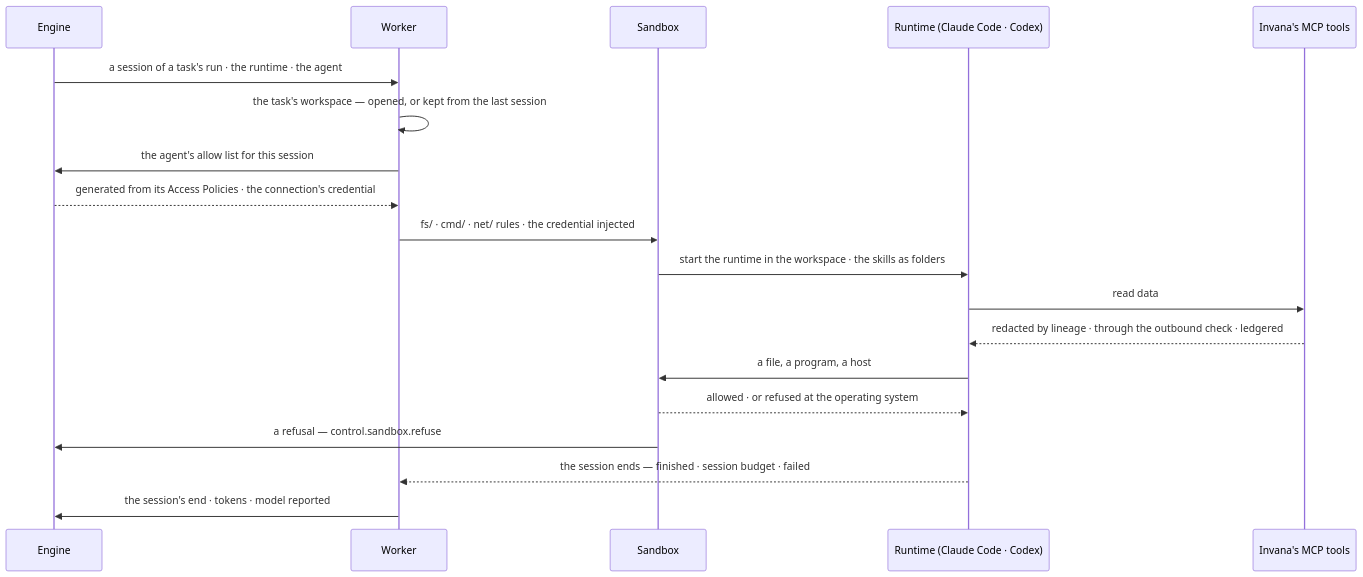
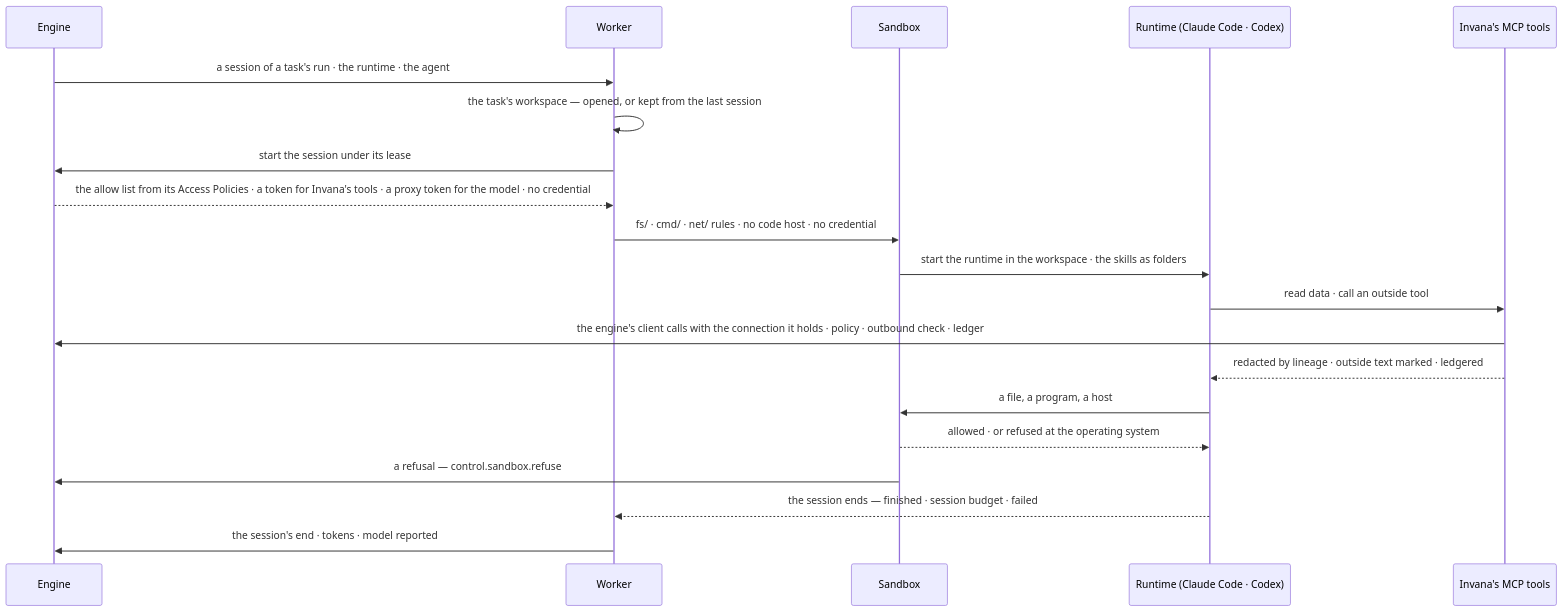
One commit to invana/invana changed the third of 3 diagrams in specs/os/control/features/CP-F03-workers-and-the-queue/feature.md. Above: the diagram before and after it, drawn with Mermaid. The commit also changed other lines of this file and 13 other files, not shown here.

````diff
--- a/specs/os/control/features/CP-F03-workers-and-the-queue/feature.md
+++ b/specs/os/control/features/CP-F03-workers-and-the-queue/feature.md
@@ -68,21 +69,22 @@
 ```mermaid
 sequenceDiagram
   participant E as Engine
   participant W as Worker
   participant S as Sandbox
   participant R as Runtime (Claude Code · Codex)
   participant T as Invana's MCP tools
   E->>W: a session of a task's run · the runtime · the agent
   W->>W: the task's workspace — opened, or kept from the last session
-  W->>E: the agent's allow list for this session
-  E-->>W: generated from its Access Policies · the connection's credential
-  W->>S: fs/ · cmd/ · net/ rules · the credential injected
+  W->>E: start the session under its lease
+  E-->>W: the allow list from its Access Policies · a token for Invana's tools · a proxy token for the model · no credential
+  W->>S: fs/ · cmd/ · net/ rules · no code host · no credential
   S->>R: start the runtime in the workspace · the skills as folders
-  R->>T: read data
-  T-->>R: redacted by lineage · through the outbound check · ledgered
+  R->>T: read data · call an outside tool
+  T->>E: the engine's client calls with the connection it holds · policy · outbound check · ledger
+  T-->>R: redacted by lineage · outside text marked · ledgered
   R->>S: a file, a program, a host
   S-->>R: allowed · or refused at the operating system
   S->>E: a refusal — control.sandbox.refuse
   R-->>W: the session ends — finished · session budget · failed
   W->>E: the session's end · tokens · model reported
 ```
````
